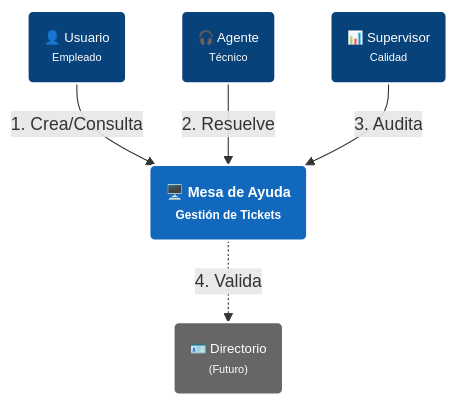
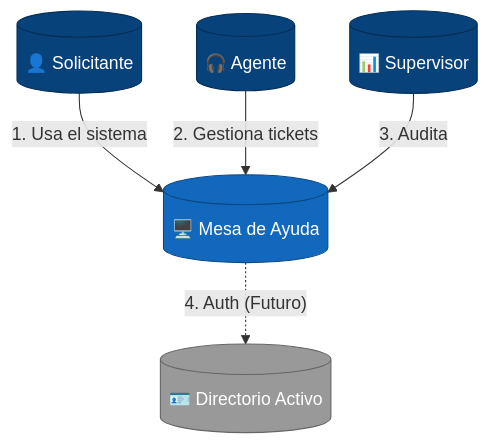
Before and after one commit to 4lexanderpardo09/help-desk-back: the first of 2 diagrams in docs/ARCHITECTURE.md, drawn with Mermaid. The commit also changed other lines of this file, not shown here.

Commit message:
docs: enhance architecture documentation with expanded business context, clarified C4 diagrams, detailed tech stack, and elaborated critical flows.

````diff
--- a/docs/ARCHITECTURE.md
+++ b/docs/ARCHITECTURE.md
@@ -11,23 +17,25 @@
 ```mermaid
 graph TD
-    %% Clases (Estilos Compactos)
-    classDef person fill:#08427b,stroke:#fff,stroke-width:2px,color:white,font-size:12px;
-    classDef system fill:#1168bd,stroke:#fff,stroke-width:2px,color:white,font-size:13px,font-weight:bold;
-    classDef external fill:#666,stroke:#fff,stroke-width:2px,color:white,font-size:12px;
+    %% Estilos de Nodos
+    classDef person fill:#08427b,stroke:#052e56,color:white,rx:5,ry:5;
+    classDef system fill:#1168bd,stroke:#0b4884,color:white,rx:5,ry:5;
+    classDef external fill:#999999,stroke:#666666,color:white,rx:5,ry:5;
 
-    %% Nodos (Textos Cortos)
-    User("👤 Usuario<br><small>Empleado</small>"):::person
-    Agent("🎧 Agente<br><small>Técnico</small>"):::person
-    Boss("📊 Supervisor<br><small>Calidad</small>"):::person
+    %% Actores Principales - Etiquetas simplificadas para evitar cortes
+    Solicitante[("👤 Solicitante")]:::person
+    Agente[("🎧 Agente")]:::person
+    Supervisor[("📊 Supervisor")]:::person
 
-    System("🖥️ Mesa de Ayuda<br><small>Gestión de Tickets</small>"):::system
+    %% Sistema Central
+    HelpDesk[("🖥️ Mesa de Ayuda")]:::system
 
-    AD("🪪 Directorio<br><small>(Futuro)</small>"):::external
+    %% Sistemas Externos
+    AD[("🪪 Directorio Activo")]:::external
 
-    %% Relaciones (Etiquetas Cortas)
-    User -- "1. Crea/Consulta" --> System
-    Agent -- "2. Resuelve" --> System
-    Boss -- "3. Audita" --> System
+    %% Interacciones
+    Solicitante -- "1. Usa el sistema" --> HelpDesk
+    Agente -- "2. Gestiona tickets" --> HelpDesk
+    Supervisor -- "3. Audita" --> HelpDesk
     
-    System -. "4. Valida" .-> AD
+    HelpDesk -. "4. Auth (Futuro)" .-> AD
 ```
````
